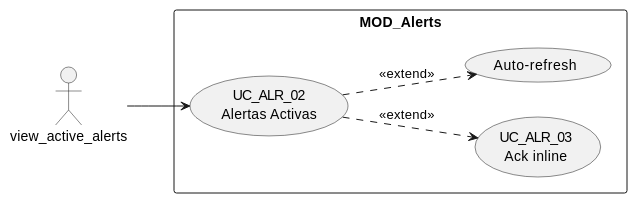
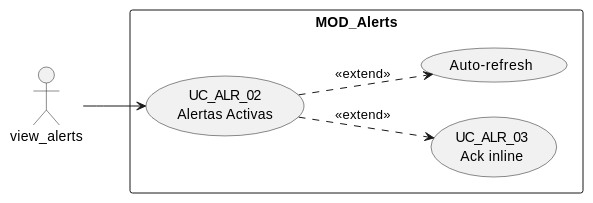
Before and after one commit to jcg-admin/IACT-docs: the first of 4 diagrams in source/requisitos/casos-uso/alerts/uc-alr-02/diagramas-uml.rst, drawn with PlantUML. The commit also changed other lines of this file and 157 other files, not shown here.

First line of the commit message:
Enforce catalog function names across all diagrams

```diff
--- a/source/requisitos/casos-uso/alerts/uc-alr-02/diagramas-uml.rst
+++ b/source/requisitos/casos-uso/alerts/uc-alr-02/diagramas-uml.rst
@@ -10,14 +10,14 @@
 .. uml::
 
  @startuml
  left to right direction
- actor "view_active_alerts" as USR
+ actor "view_alerts" as USR
  rectangle "MOD_Alerts" {
    usecase "UC_ALR_02\nAlertas Activas" as UC02
    usecase "UC_ALR_03\nAck inline" as UC03
    usecase "Auto-refresh" as AR
  }
  USR --> UC02
  UC02 ..> AR : <<extend>>
  UC02 ..> UC03 : <<extend>>
  @enduml
```
